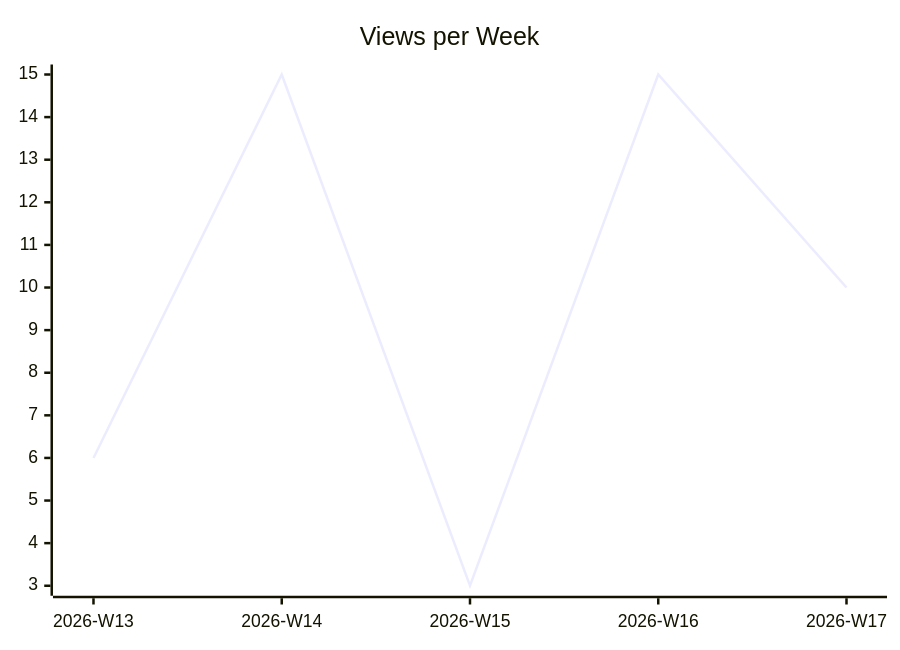
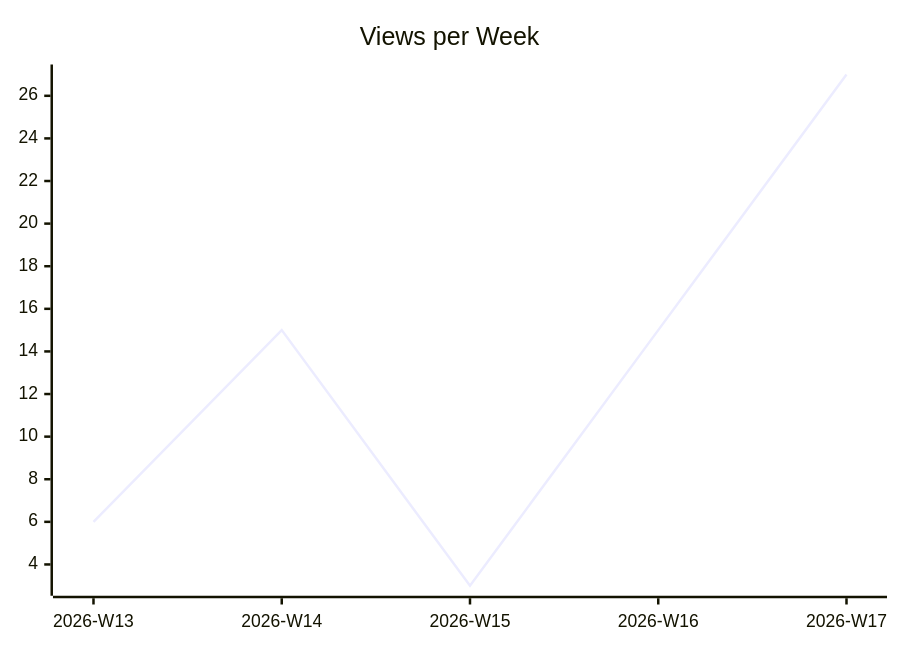
Before and after one commit to justdavis-family/github-analytics-data: the second of 3 diagrams in karlmdavis/ksoap2-android/README.md, drawn with Mermaid. The commit also changed other lines of this file and 185 other files, not shown here.

````diff
--- a/karlmdavis/ksoap2-android/README.md
+++ b/karlmdavis/ksoap2-android/README.md
@@ -12,6 +12,6 @@
 ```mermaid
 xychart-beta
   title "Views per Week"
   x-axis ["2026-W13", "2026-W14", "2026-W15", "2026-W16", "2026-W17"]
-  line [6, 15, 3, 15, 10]
+  line [6, 15, 3, 15, 27]
 ```
````
